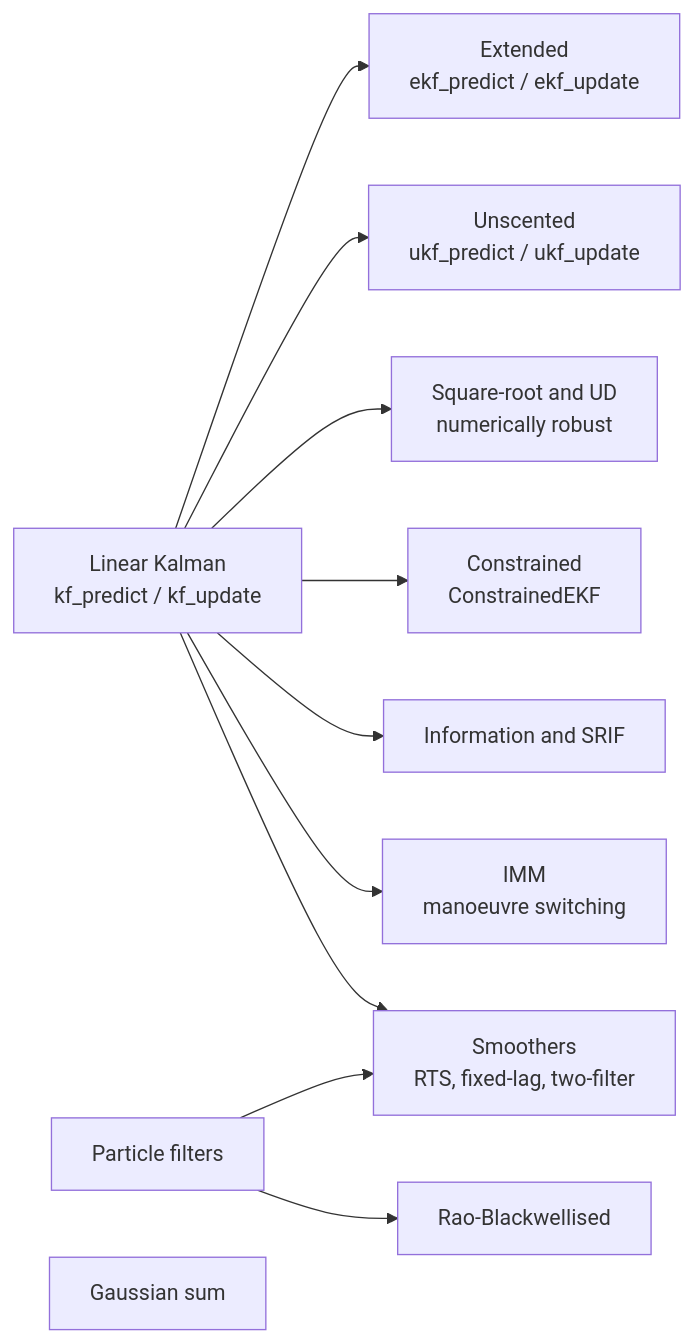
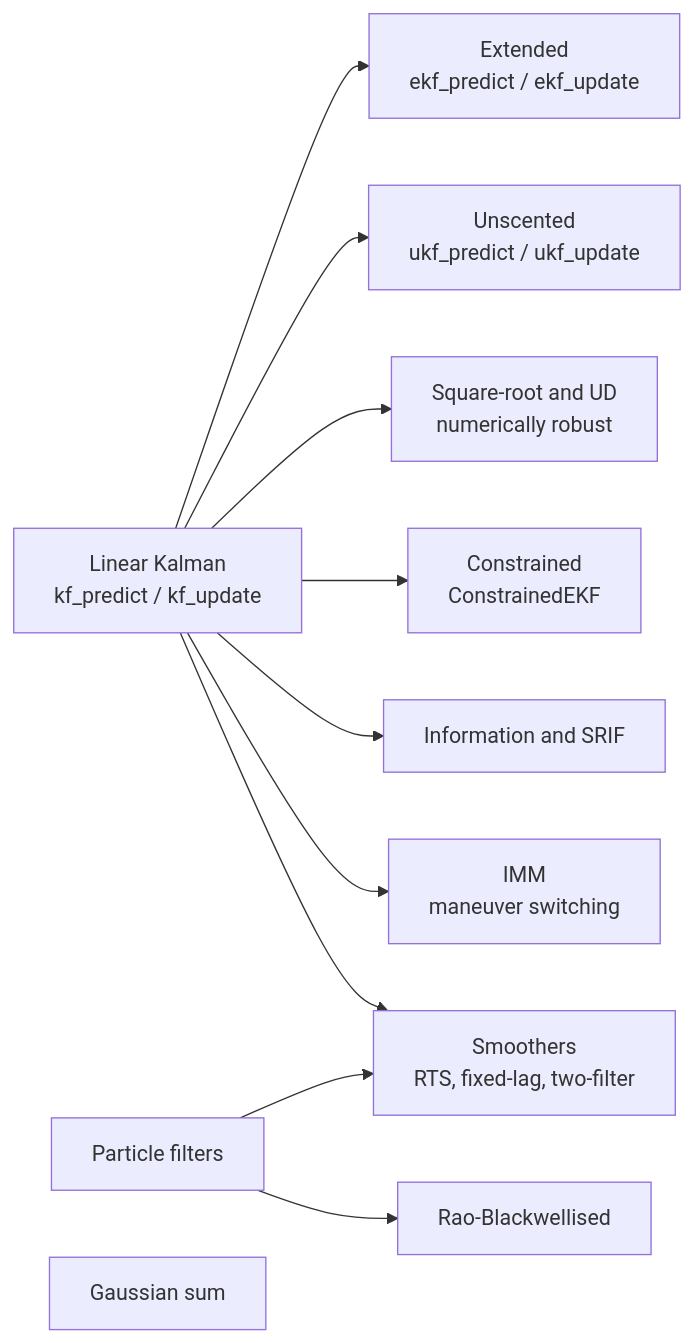
Before and after one commit to nedonatelli/TCL: the third of 4 diagrams in docs/architecture.rst, drawn with Mermaid. The commit also changed other lines of this file and 17 other files, not shown here.

```diff
--- a/docs/architecture.rst
+++ b/docs/architecture.rst
@@ -134,14 +134,14 @@
 .. mermaid::
 
    graph LR
        KF["Linear Kalman<br/>kf_predict / kf_update"]
        KF --> EKF["Extended<br/>ekf_predict / ekf_update"]
        KF --> UKF["Unscented<br/>ukf_predict / ukf_update"]
        KF --> SR["Square-root and UD<br/>numerically robust"]
        KF --> CE["Constrained<br/>ConstrainedEKF"]
        KF --> INF["Information and SRIF"]
-       KF --> IMM["IMM<br/>manoeuvre switching"]
+       KF --> IMM["IMM<br/>maneuver switching"]
        PF["Particle filters"] --> RBPF["Rao-Blackwellised"]
        GSF["Gaussian sum"]
        KF --> SM["Smoothers<br/>RTS, fixed-lag, two-filter"]
        PF --> SM
```
